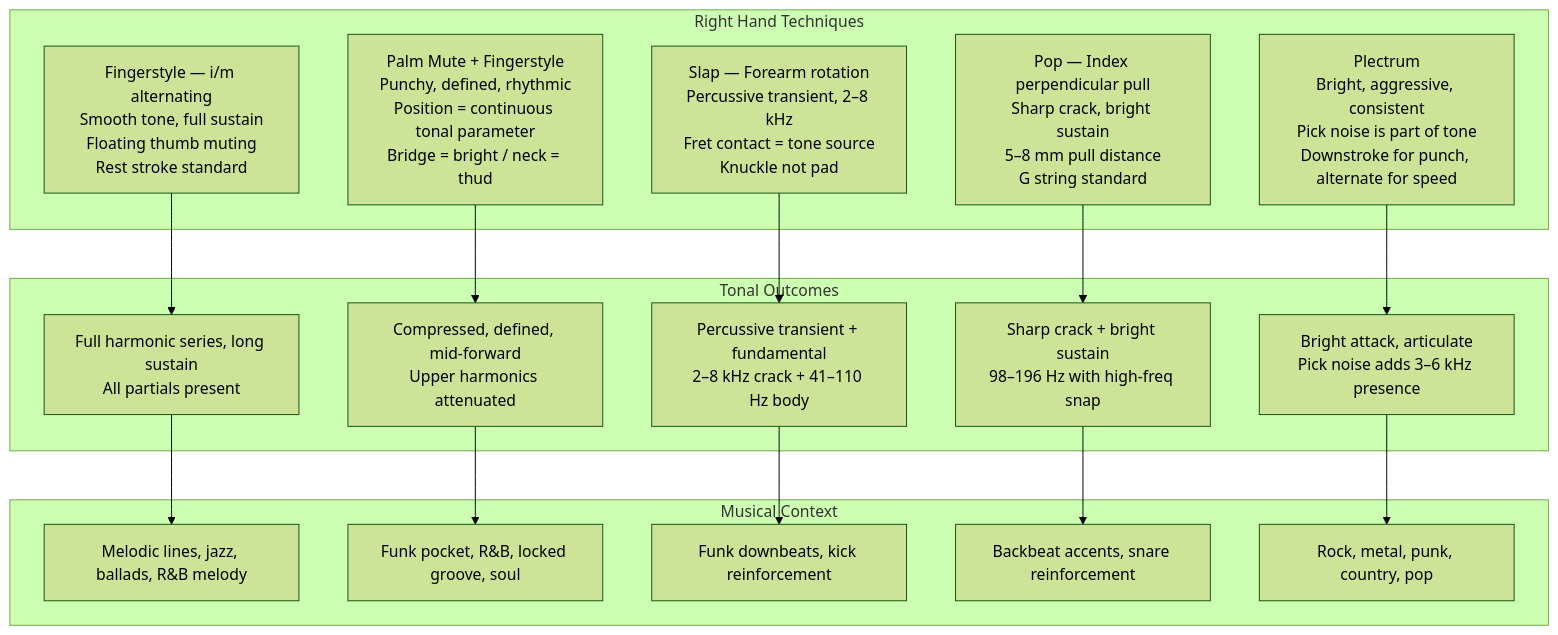
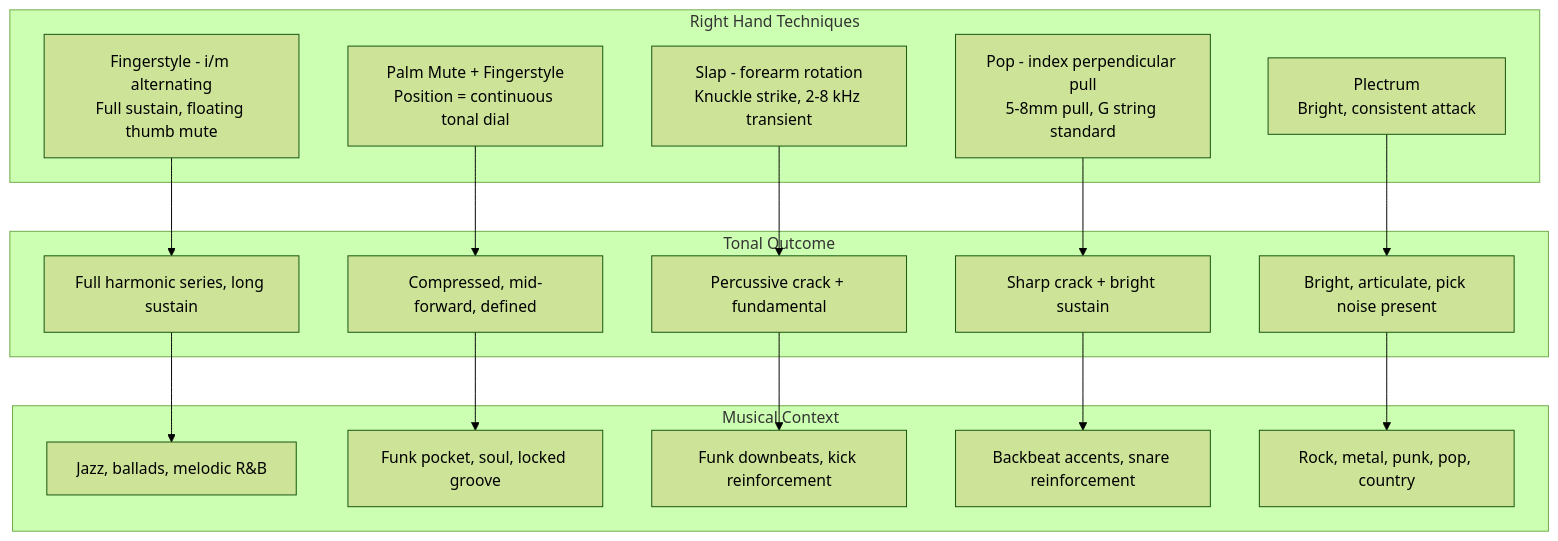
The fourth of 5 diagrams in topics/arts/music_performance/bass_guitar/labs.md (blebleblee/synapse), drawn with Mermaid (forest theme) before and after one commit. The commit also changed other lines of this file and 4 other files, not shown here.

````diff
--- a/topics/arts/music_performance/bass_guitar/labs.md
+++ b/topics/arts/music_performance/bass_guitar/labs.md
@@ -765,32 +455,32 @@
 ```mermaid
 graph TD
     subgraph sub_right_hand ["Right Hand Techniques"]
-        RT1["Fingerstyle — i/m alternating\nSmooth tone, full sustain\nFloating thumb muting\nRest stroke standard"]
-        RT2["Palm Mute + Fingerstyle\nPunchy, defined, rhythmic\nPosition = continuous tonal parameter\nBridge = bright / neck = thud"]
-        RT3["Slap — Forearm rotation\nPercussive transient, 2–8 kHz\nFret contact = tone source\nKnuckle not pad"]
-        RT4["Pop — Index perpendicular pull\nSharp crack, bright sustain\n5–8 mm pull distance\nG string standard"]
-        RT5["Plectrum\nBright, aggressive, consistent\nPick noise is part of tone\nDownstroke for punch, alternate for speed"]
+        RT1["Fingerstyle - i/m alternating\nFull sustain, floating thumb mute"]
+        RT2["Palm Mute + Fingerstyle\nPosition = continuous tonal dial"]
+        RT3["Slap - forearm rotation\nKnuckle strike, 2-8 kHz transient"]
+        RT4["Pop - index perpendicular pull\n5-8mm pull, G string standard"]
+        RT5["Plectrum\nBright, consistent attack"]
     end
 
-    subgraph sub_tonal ["Tonal Outcomes"]
-        T1["Full harmonic series, long sustain\nAll partials present"]
-        T2["Compressed, defined, mid-forward\nUpper harmonics attenuated"]
-        T3["Percussive transient + fundamental\n2–8 kHz crack + 41–110 Hz body"]
-        T4["Sharp crack + bright sustain\n98–196 Hz with high-freq snap"]
-        T5["Bright attack, articulate\nPick noise adds 3–6 kHz presence"]
+    subgraph sub_tonal ["Tonal Outcome"]
+        T1["Full harmonic series, long sustain"]
+        T2["Compressed, mid-forward, defined"]
+        T3["Percussive crack + fundamental"]
+        T4["Sharp crack + bright sustain"]
+        T5["Bright, articulate, pick noise present"]
     end
 
     subgraph sub_context ["Musical Context"]
-        C1["Melodic lines, jazz, ballads, R&B melody"]
-        C2["Funk pocket, R&B, locked groove, soul"]
+        C1["Jazz, ballads, melodic R&B"]
+        C2["Funk pocket, soul, locked groove"]
         C3["Funk downbeats, kick reinforcement"]
         C4["Backbeat accents, snare reinforcement"]
-        C5["Rock, metal, punk, country, pop"]
+        C5["Rock, metal, punk, pop, country"]
     end
 
     RT1 --> T1 --> C1
     RT2 --> T2 --> C2
     RT3 --> T3 --> C3
     RT4 --> T4 --> C4
     RT5 --> T5 --> C5
 ```
````
